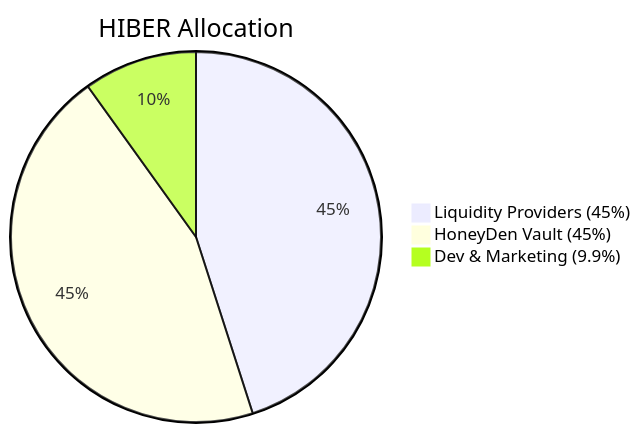
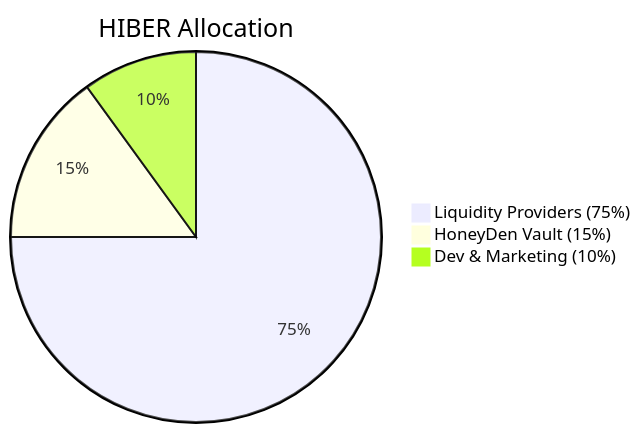
One commit to hiber-fi/launching changed the first of 3 diagrams in README.md. Above: the diagram before and after it, drawn with Mermaid. The commit also changed other lines of this file, not shown here.

````diff
--- a/README.md
+++ b/README.md
@@ -37,7 +37,7 @@
 ```mermaid
 pie
     title HIBER Allocation
-    "Liquidity Providers (45%)": 45
-    "HoneyDen Vault (45%)": 45
-    "Dev & Marketing (9.9%)": 9.9
+    "Liquidity Providers (75%)": 75
+    "HoneyDen Vault (15%)": 15
+    "Dev & Marketing (10%)": 10
 ```
````
